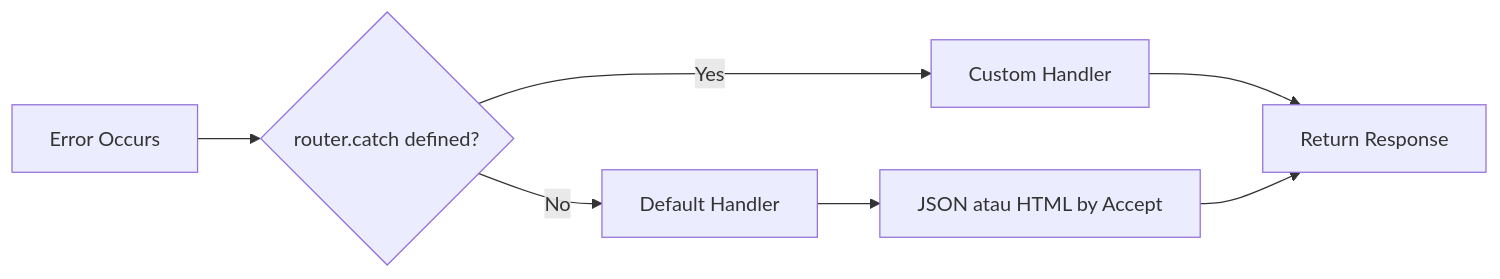
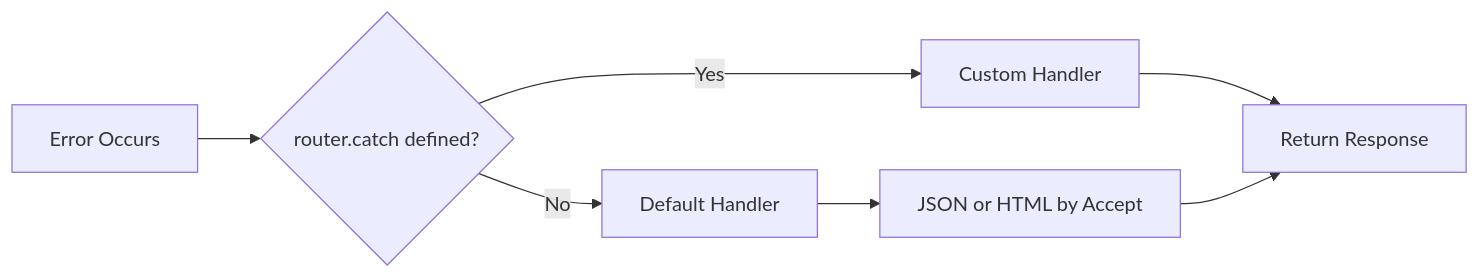
The diagram in docs/id/error-handling/default-behavior.md (NeaByteLab/Deserve), drawn with Mermaid before and after one commit. The commit also changed other lines of this file and 35 other files, not shown here.

````diff
--- a/docs/id/error-handling/default-behavior.md
+++ b/docs/id/error-handling/default-behavior.md
@@ -5,9 +9,9 @@
 ```mermaid
 flowchart LR
     A[Error Occurs] --> B{router.catch defined?}
     B -->|No| C[Default Handler]
     B -->|Yes| D[Custom Handler]
-    C --> E[JSON atau HTML by Accept]
+    C --> E[JSON or HTML by Accept]
     D --> F
     E --> F[Return Response]
 ```
````
